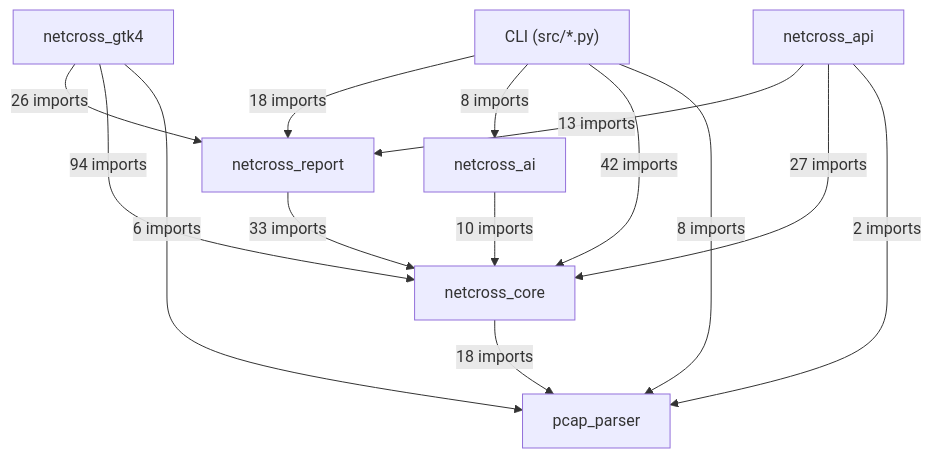
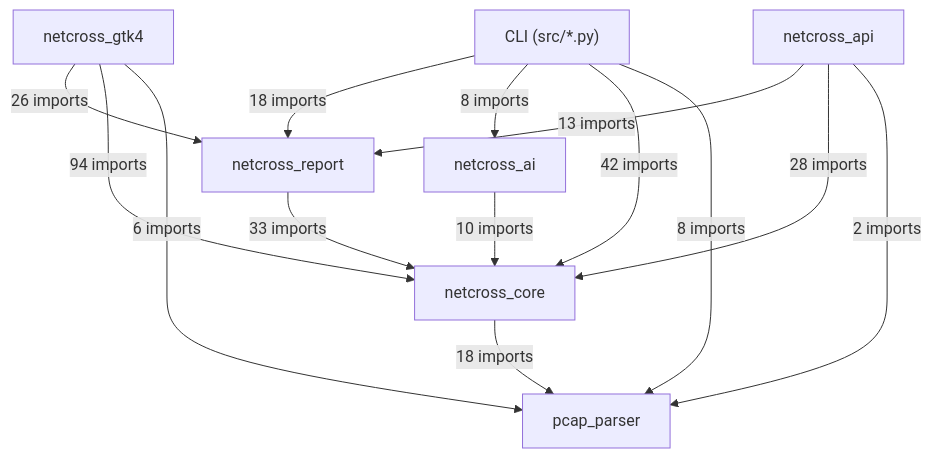
The first of 19 diagrams in docs/class-diagram.md (Mathide-Team/Netcross), drawn with Mermaid before and after one commit. The commit also changed other lines of this file and 6 other files, not shown here.

````diff
--- a/docs/class-diagram.md
+++ b/docs/class-diagram.md
@@ -26,23 +26,23 @@
 ```mermaid
 flowchart TD
     CLI["CLI (src/*.py)"]
     netcross_gtk4["netcross_gtk4"]
     netcross_api["netcross_api"]
     netcross_report["netcross_report"]
     netcross_ai["netcross_ai"]
     netcross_core["netcross_core"]
     pcap_parser["pcap_parser"]
     CLI -->|"18 imports"| netcross_report
     CLI -->|"8 imports"| netcross_ai
     CLI -->|"42 imports"| netcross_core
     CLI -->|"8 imports"| pcap_parser
     netcross_gtk4 -->|"26 imports"| netcross_report
     netcross_gtk4 -->|"94 imports"| netcross_core
     netcross_gtk4 -->|"6 imports"| pcap_parser
     netcross_api -->|"13 imports"| netcross_report
-    netcross_api -->|"27 imports"| netcross_core
+    netcross_api -->|"28 imports"| netcross_core
     netcross_api -->|"2 imports"| pcap_parser
     netcross_report -->|"33 imports"| netcross_core
     netcross_ai -->|"10 imports"| netcross_core
     netcross_core -->|"18 imports"| pcap_parser
 ```
````
